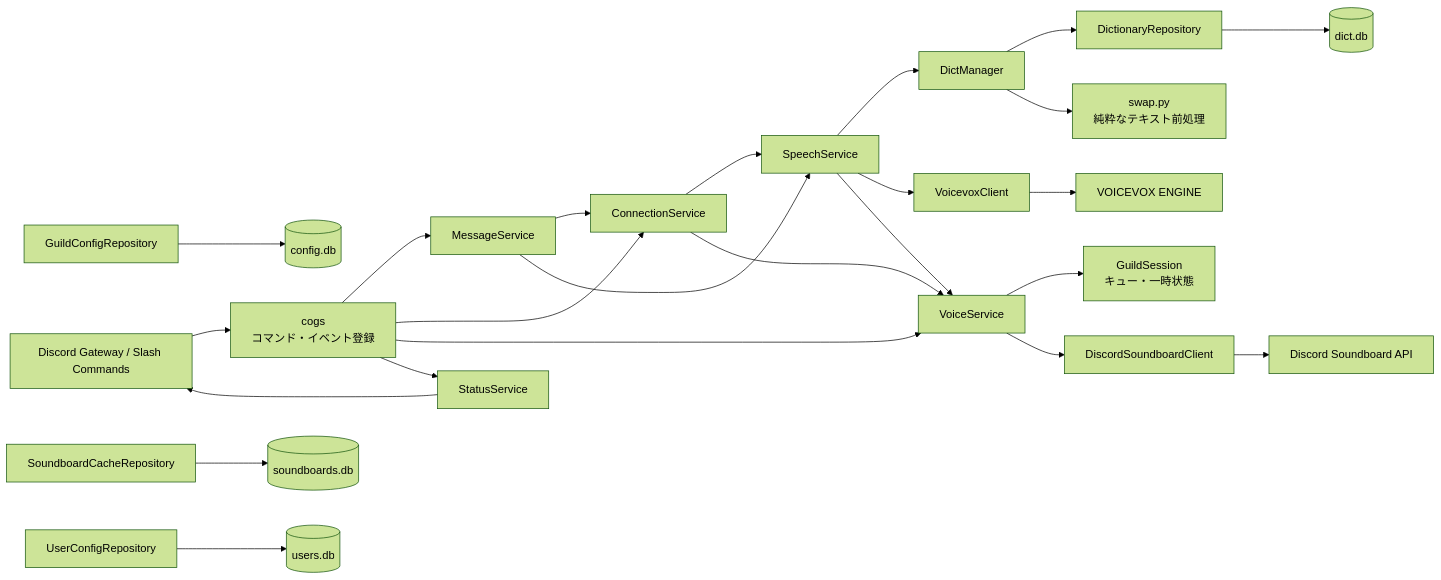
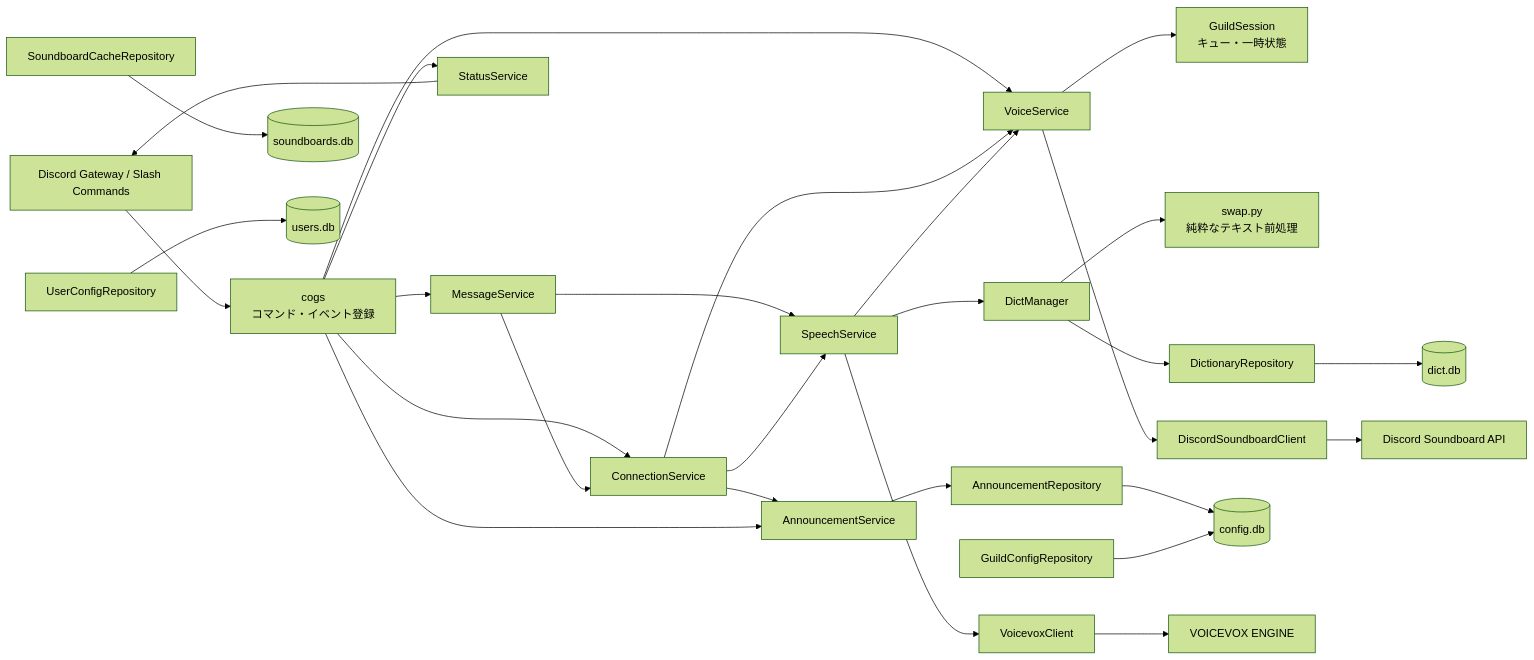
The first of 5 diagrams in docs/ARCHITECTURE.md (dora-ntmk/Tsumugium), drawn with Mermaid (forest theme) before and after one commit. The commit also changed other lines of this file and 13 other files, not shown here.

````diff
--- a/docs/ARCHITECTURE.md
+++ b/docs/ARCHITECTURE.md
@@ -7,49 +7,55 @@
 ```mermaid
 flowchart LR
     Discord["Discord Gateway / Slash Commands"]
     Cogs["cogs<br/>コマンド・イベント登録"]
     Message["MessageService"]
     Connection["ConnectionService"]
     Speech["SpeechService"]
     Voice["VoiceService"]
     Status["StatusService"]
     Session["GuildSession<br/>キュー・一時状態"]
     Swap["swap.py<br/>純粋なテキスト前処理"]
     Dictionary["DictManager"]
     ConfigRepo["GuildConfigRepository"]
     DictRepo["DictionaryRepository"]
     SoundRepo["SoundboardCacheRepository"]
     UserRepo["UserConfigRepository"]
+    Announcement["AnnouncementService"]
+    AnnouncementRepo["AnnouncementRepository"]
     Voicevox["VoicevoxClient"]
     SoundClient["DiscordSoundboardClient"]
     ConfigDB[("config.db")]
     DictDB[("dict.db")]
     SoundDB[("soundboards.db")]
     UserDB[("users.db")]
     Engine["VOICEVOX ENGINE"]
     SoundAPI["Discord Soundboard API"]
 
     Discord --> Cogs
     Cogs --> Message
     Cogs --> Connection
     Cogs --> Voice
     Cogs --> Status
     Status --> Discord
     Message --> Connection
     Message --> Speech
     Connection --> Speech
     Connection --> Voice
+    Connection --> Announcement
+    Cogs --> Announcement
+    Announcement --> AnnouncementRepo
+    AnnouncementRepo --> ConfigDB
     Speech --> Dictionary
     Dictionary --> DictRepo
     Dictionary --> Swap
     Speech --> Voicevox
     Speech --> Voice
     Voice --> Session
     Voice --> SoundClient
     ConfigRepo --> ConfigDB
     DictRepo --> DictDB
     SoundRepo --> SoundDB
     UserRepo --> UserDB
     Voicevox --> Engine
     SoundClient --> SoundAPI
 ```
````
